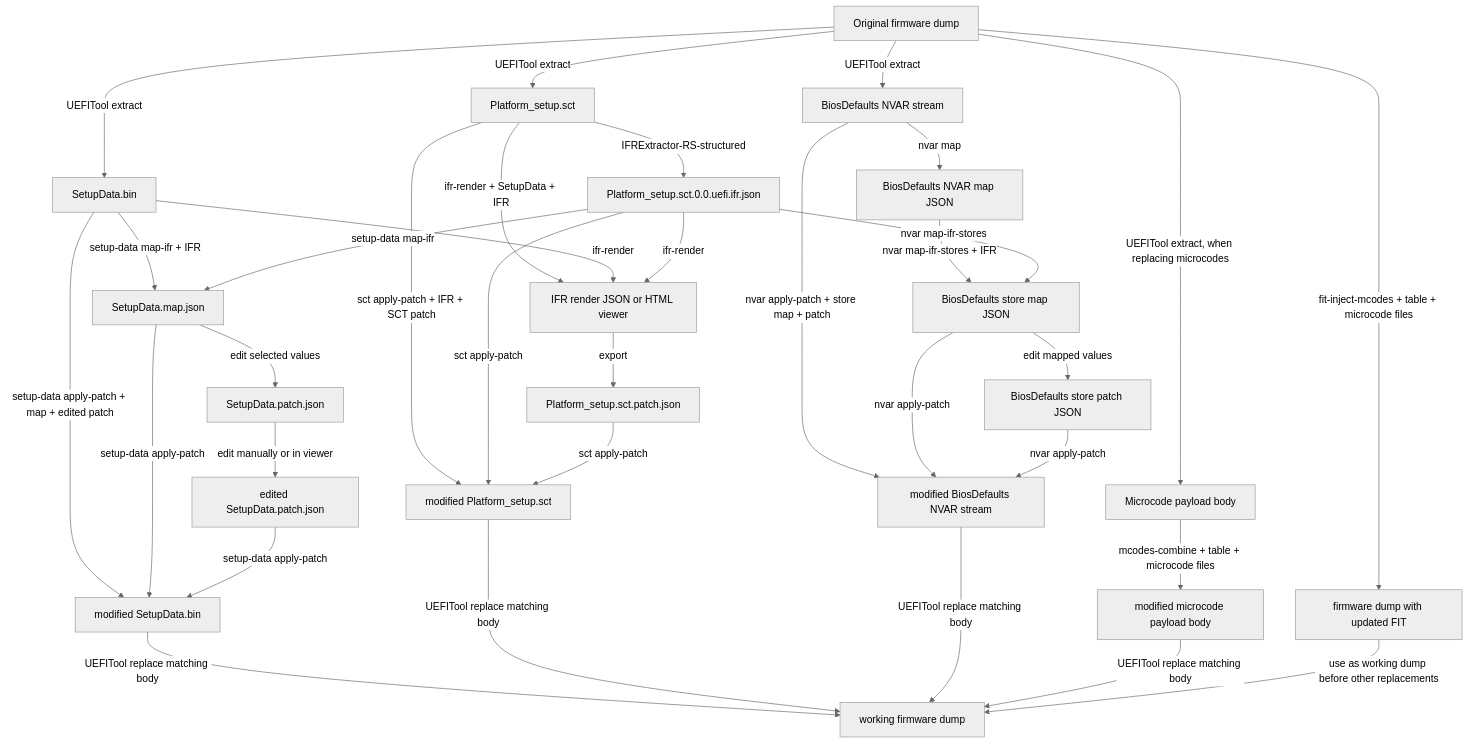
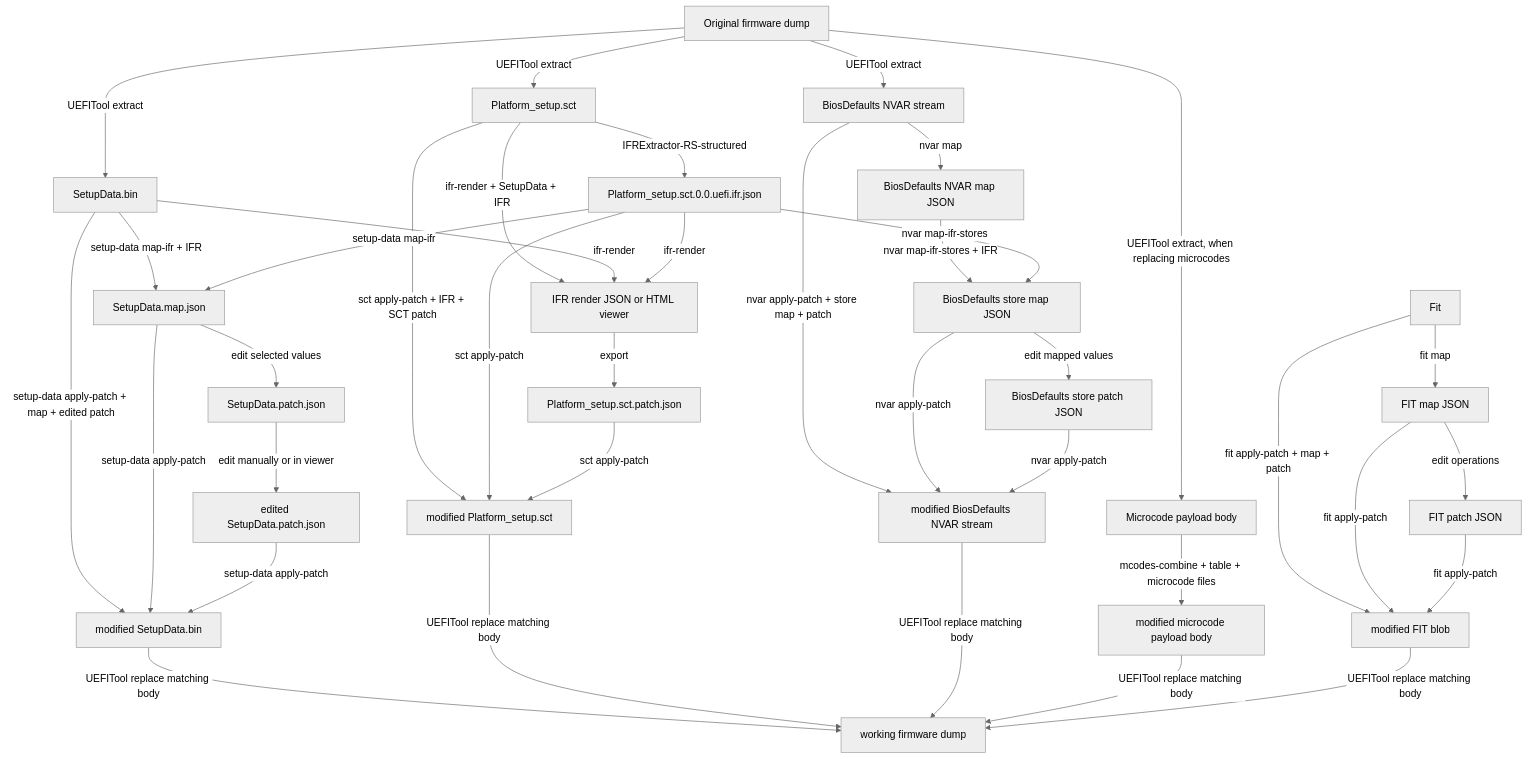
The diagram in docs/cli/uefi.md (mixa3607/uefi-mod-tools), drawn with Mermaid (neutral theme) before and after one commit. The commit also changed other lines of this file and 19 other files, not shown here.

````diff
--- a/docs/cli/uefi.md
+++ b/docs/cli/uefi.md
@@ -14,44 +14,48 @@
 ```mermaid
 flowchart TD
     Dump[Original firmware dump]
 
     Dump -->|UEFITool extract| Sct[Platform_setup.sct]
     Dump -->|UEFITool extract| SetupData[SetupData.bin]
     Dump -->|UEFITool extract| Defaults[BiosDefaults NVAR stream]
     Dump -->|UEFITool extract, when replacing microcodes| MicrocodePayload[Microcode payload body]
 
     Sct -->|IFRExtractor-RS-structured| Ifr[Platform_setup.sct.0.0.uefi.ifr.json]
 
     SetupData -->|setup-data map-ifr + IFR| SetupMap[SetupData.map.json]
     Ifr -->|setup-data map-ifr| SetupMap
     SetupMap -->|edit selected values| SetupPatch[SetupData.patch.json]
     SetupPatch -->|edit manually or in viewer| EditedSetupPatch[edited SetupData.patch.json]
     SetupData -->|setup-data apply-patch + map + edited patch| ModifiedSetupData[modified SetupData.bin]
     SetupMap -->|setup-data apply-patch| ModifiedSetupData
     EditedSetupPatch -->|setup-data apply-patch| ModifiedSetupData
 
     Sct -->|ifr-render + SetupData + IFR| Viewer[IFR render JSON or HTML viewer]
     SetupData -->|ifr-render| Viewer
     Ifr -->|ifr-render| Viewer
     Viewer -->|export| SctPatch[Platform_setup.sct.patch.json]
     Sct -->|sct apply-patch + IFR + SCT patch| ModifiedSct[modified Platform_setup.sct]
     Ifr -->|sct apply-patch| ModifiedSct
     SctPatch -->|sct apply-patch| ModifiedSct
 
     Defaults -->|nvar map| DefaultsMap[BiosDefaults NVAR map JSON]
     DefaultsMap -->|nvar map-ifr-stores + IFR| DefaultsStoreMap[BiosDefaults store map JSON]
     Ifr -->|nvar map-ifr-stores| DefaultsStoreMap
     DefaultsStoreMap -->|edit mapped values| DefaultsPatch[BiosDefaults store patch JSON]
     Defaults -->|nvar apply-patch + store map + patch| ModifiedDefaults[modified BiosDefaults NVAR stream]
     DefaultsStoreMap -->|nvar apply-patch| ModifiedDefaults
     DefaultsPatch -->|nvar apply-patch| ModifiedDefaults
 
     MicrocodePayload -->|mcodes-combine + table + microcode files| ModifiedMicrocodePayload[modified microcode payload body]
-    Dump -->|fit-inject-mcodes + table + microcode files| ModifiedFitDump[firmware dump with updated FIT]
+    Fit -->|fit map| FitMap[FIT map JSON]
+    FitMap -->|edit operations| FitPatch[FIT patch JSON]
+    Fit -->|fit apply-patch + map + patch| ModifiedFit[modified FIT blob]
+    FitMap -->|fit apply-patch| ModifiedFit
+    FitPatch -->|fit apply-patch| ModifiedFit
 
     ModifiedSetupData -->|UEFITool replace matching body| ReintegratedDump[working firmware dump]
     ModifiedSct -->|UEFITool replace matching body| ReintegratedDump
     ModifiedDefaults -->|UEFITool replace matching body| ReintegratedDump
     ModifiedMicrocodePayload -->|UEFITool replace matching body| ReintegratedDump
-    ModifiedFitDump -->|use as working dump before other replacements| ReintegratedDump
+    ModifiedFit -->|UEFITool replace matching body| ReintegratedDump
 ```
````
